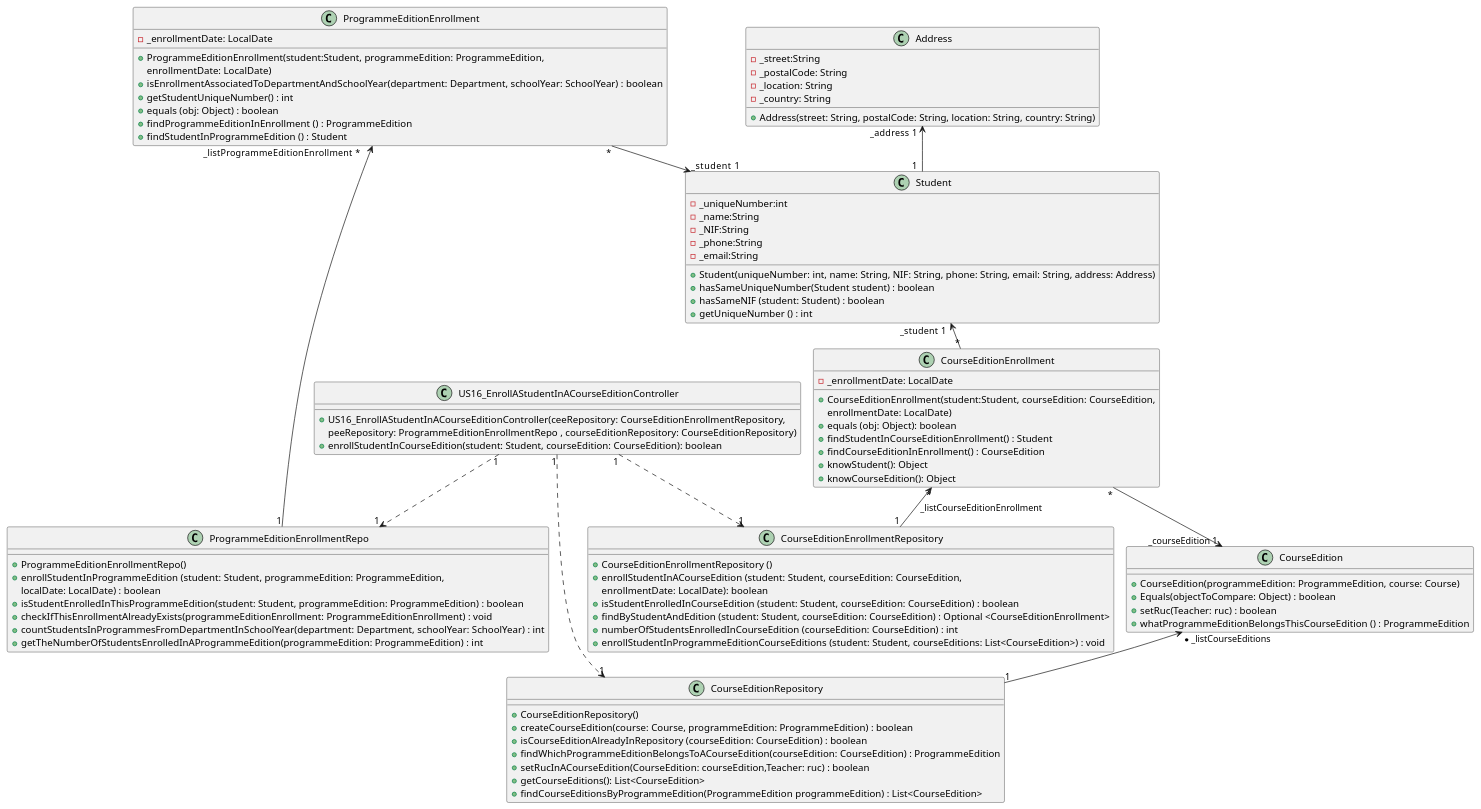
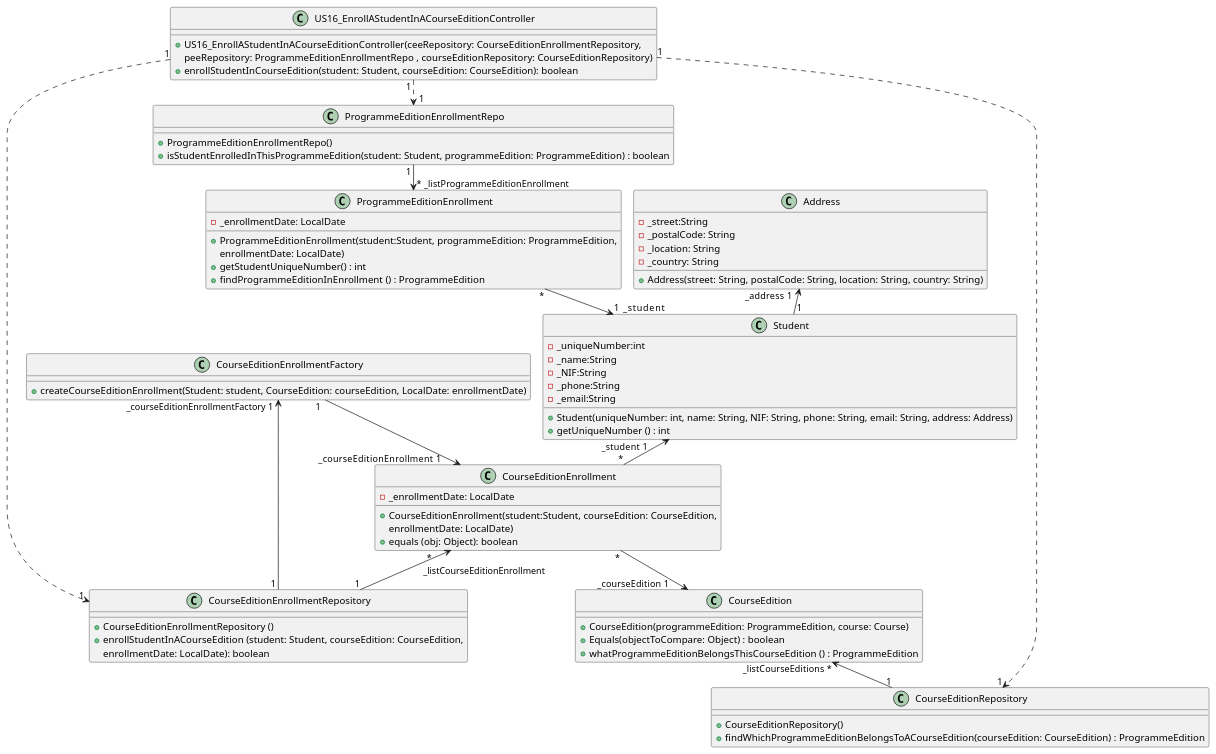
The diagram in docs/US16/US16_EnrollAStudentInACourseEdition_ClassDiagram.puml (GasparISEP/DevOps-PAI), drawn with PlantUML before and after one commit.

Commit message:
updating the US16_ClassDiagram

```diff
--- a/docs/US16/US16_EnrollAStudentInACourseEdition_ClassDiagram.puml
+++ b/docs/US16/US16_EnrollAStudentInACourseEdition_ClassDiagram.puml
@@ -1,102 +1,83 @@
 @startuml
 !pragma layout smetana
 
 
 class US16_EnrollAStudentInACourseEditionController {
     +US16_EnrollAStudentInACourseEditionController(ceeRepository: CourseEditionEnrollmentRepository,
     peeRepository: ProgrammeEditionEnrollmentRepo , courseEditionRepository: CourseEditionRepository)
     +enrollStudentInCourseEdition(student: Student, courseEdition: CourseEdition): boolean
 }
 
+class CourseEditionEnrollmentFactory{
+    +createCourseEditionEnrollment(Student: student, CourseEdition: courseEdition, LocalDate: enrollmentDate)
+}
+
 class CourseEditionEnrollment {
     -_enrollmentDate: LocalDate
     +CourseEditionEnrollment(student:Student, courseEdition: CourseEdition,
      enrollmentDate: LocalDate)
     +equals (obj: Object): boolean
-    +findStudentInCourseEditionEnrollment() : Student
-    +findCourseEditionInEnrollment() : CourseEdition
-    +knowStudent(): Object
-    +knowCourseEdition(): Object
 }
 
 class CourseEditionEnrollmentRepository {
     +CourseEditionEnrollmentRepository ()
     +enrollStudentInACourseEdition (student: Student, courseEdition: CourseEdition,
     enrollmentDate: LocalDate): boolean
-    +isStudentEnrolledInCourseEdition (student: Student, courseEdition: CourseEdition) : boolean
-    +findByStudentAndEdition (student: Student, courseEdition: CourseEdition) : Optional <CourseEditionEnrollment>
-    +numberOfStudentsEnrolledInCourseEdition (courseEdition: CourseEdition) : int
-    +enrollStudentInProgrammeEditionCourseEditions (student: Student, courseEditions: List<CourseEdition>) : void
 }
 
 class ProgrammeEditionEnrollment {
     -_enrollmentDate: LocalDate
     +ProgrammeEditionEnrollment(student:Student, programmeEdition: ProgrammeEdition,
      enrollmentDate: LocalDate)
-    +isEnrollmentAssociatedToDepartmentAndSchoolYear(department: Department, schoolYear: SchoolYear) : boolean
     +getStudentUniqueNumber() : int
-    +equals (obj: Object) : boolean
     +findProgrammeEditionInEnrollment () : ProgrammeEdition
-    +findStudentInProgrammeEdition () : Student
 }
 
 class ProgrammeEditionEnrollmentRepo {
     +ProgrammeEditionEnrollmentRepo()
-    +enrollStudentInProgrammeEdition (student: Student, programmeEdition: ProgrammeEdition,
-    localDate: LocalDate) : boolean
     +isStudentEnrolledInThisProgrammeEdition(student: Student, programmeEdition: ProgrammeEdition) : boolean
-    +checkIfThisEnrollmentAlreadyExists(programmeEditionEnrollment: ProgrammeEditionEnrollment) : void
-    +countStudentsInProgrammesFromDepartmentInSchoolYear(department: Department, schoolYear: SchoolYear) : int
-    +getTheNumberOfStudentsEnrolledInAProgrammeEdition(programmeEdition: ProgrammeEdition) : int
 }
 
 class Student {
     -_uniqueNumber:int
     -_name:String
     -_NIF:String
     -_phone:String
     -_email:String
     +Student(uniqueNumber: int, name: String, NIF: String, phone: String, email: String, address: Address)
-    +hasSameUniqueNumber(Student student) : boolean
-    +hasSameNIF (student: Student) : boolean
     +getUniqueNumber () : int
 }
 
 class Address {
      -_street:String
      -_postalCode: String
      -_location: String
      -_country: String
      +Address(street: String, postalCode: String, location: String, country: String)
 }
 
 class CourseEdition {
     +CourseEdition(programmeEdition: ProgrammeEdition, course: Course)
     +Equals(objectToCompare: Object) : boolean
-    +setRuc(Teacher: ruc) : boolean
     +whatProgrammeEditionBelongsThisCourseEdition () : ProgrammeEdition
 }
 
 class CourseEditionRepository {
     +CourseEditionRepository()
-    +createCourseEdition(course: Course, programmeEdition: ProgrammeEdition) : boolean
-    +isCourseEditionAlreadyInRepository (courseEdition: CourseEdition) : boolean
     +findWhichProgrammeEditionBelongsToACourseEdition(courseEdition: CourseEdition) : ProgrammeEdition
-    +setRucInACourseEdition(CourseEdition: courseEdition,Teacher: ruc) : boolean
-    +getCourseEditions(): List<CourseEdition>
-    +findCourseEditionsByProgrammeEdition(ProgrammeEdition programmeEdition) : List<CourseEdition>
 }
 
-
-CourseEdition "*   _listCourseEditions" <-- "1" CourseEditionRepository
-Student "_student  1  " <-- "*" CourseEditionEnrollment
-CourseEditionEnrollment "*" --> "_courseEdition 1  " CourseEdition
-CourseEditionEnrollment "                                *" <-- "1" CourseEditionEnrollmentRepository: _listCourseEditionEnrollment
-ProgrammeEditionEnrollment "*" --> "_student   1                " Student
-ProgrammeEditionEnrollment "_listProgrammeEditionEnrollment    *     " <-- "1" ProgrammeEditionEnrollmentRepo
+CourseEdition "_listCourseEditions  *" <-- "1" CourseEditionRepository
+Student "_student  1         " <-- "*" CourseEditionEnrollment
+CourseEditionEnrollment "*" --> "_courseEdition  1        " CourseEdition
+CourseEditionEnrollment "   *        " <-- "1" CourseEditionEnrollmentRepository: _listCourseEditionEnrollment
+CourseEditionEnrollmentFactory "  1  " --> " _courseEditionEnrollment    1        " CourseEditionEnrollment
+CourseEditionEnrollmentFactory "_courseEditionEnrollmentFactory 1  " <-- "   1 " CourseEditionEnrollmentRepository
+ProgrammeEditionEnrollment "*" --> "1    _student           " Student
+ProgrammeEditionEnrollment " *  _listProgrammeEditionEnrollment    " <-u- "1 " ProgrammeEditionEnrollmentRepo
 US16_EnrollAStudentInACourseEditionController "1"..> "1" CourseEditionRepository
-US16_EnrollAStudentInACourseEditionController "1"..> "1" ProgrammeEditionEnrollmentRepo
-US16_EnrollAStudentInACourseEditionController "1"..> "1" CourseEditionEnrollmentRepository
-Address "_address  1  " <-- "1  " Student
+US16_EnrollAStudentInACourseEditionController "1 "..> "  1" ProgrammeEditionEnrollmentRepo
+US16_EnrollAStudentInACourseEditionController "1"..> "1  " CourseEditionEnrollmentRepository
+Address "_address  1   " <-- " 1  " Student
 
 @enduml
```
